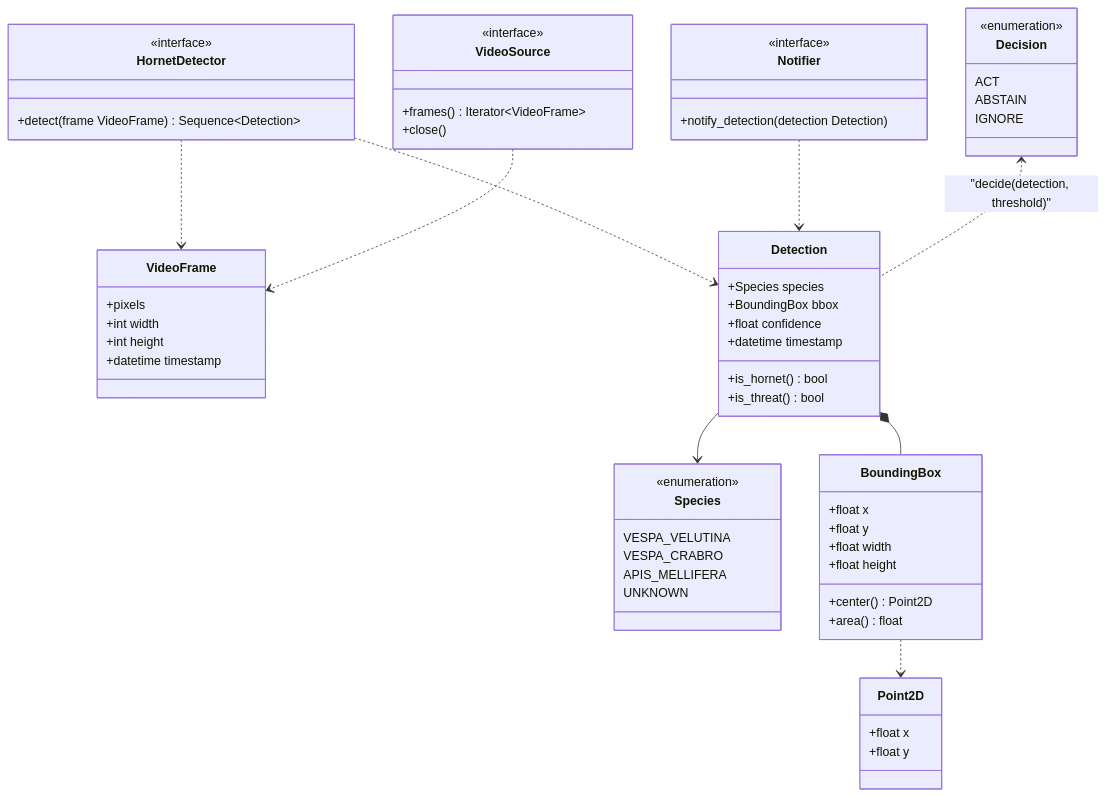
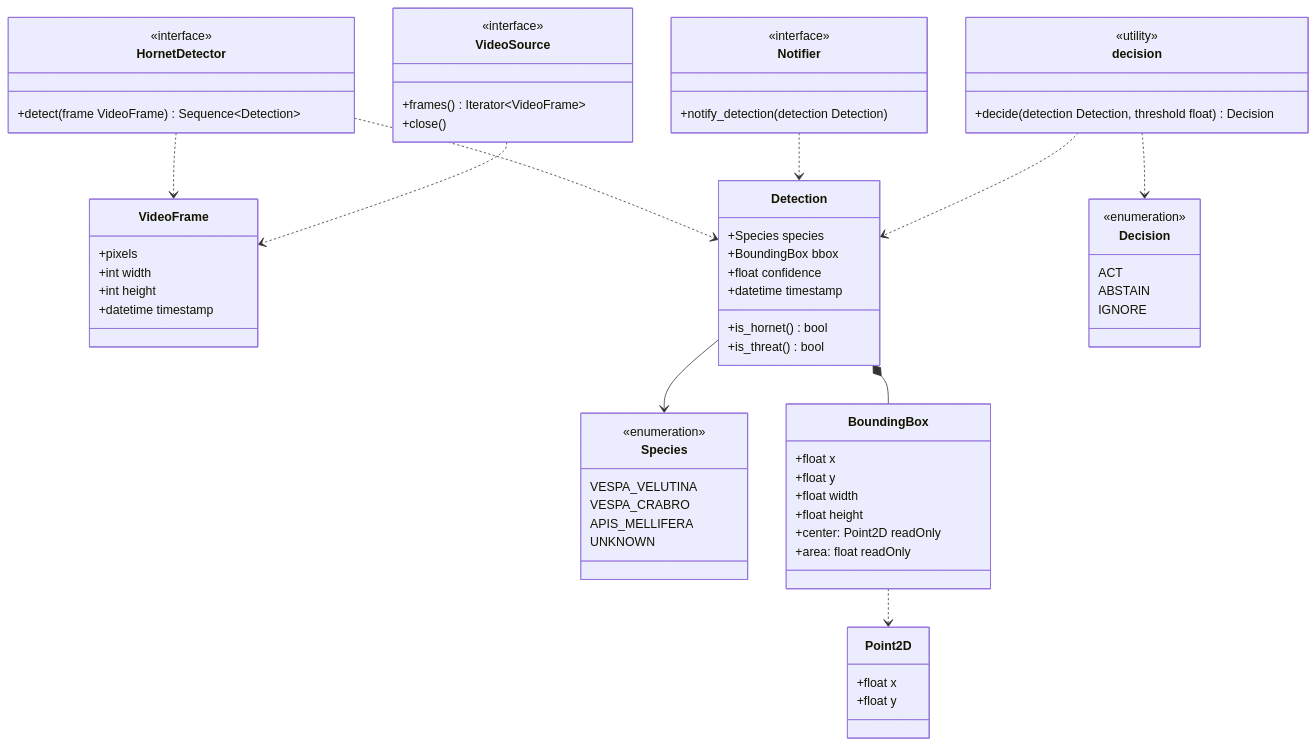
The diagram in docs/architecture/diagrams/detection/04-class.md (benoit-bremaud/aristech), drawn with Mermaid before and after one commit. The commit also changed 3 other files, not shown here.

Commit message:
docs(detection/architecture): apply pre-push review fixes and add the review report

````diff
--- a/docs/architecture/diagrams/detection/04-class.md
+++ b/docs/architecture/diagrams/detection/04-class.md
@@ -15,64 +15,69 @@
 ```mermaid
 classDiagram
     class Species {
         <<enumeration>>
         VESPA_VELUTINA
         VESPA_CRABRO
         APIS_MELLIFERA
         UNKNOWN
     }
     class BoundingBox {
         +float x
         +float y
         +float width
         +float height
-        +center() Point2D
-        +area() float
+        +center: Point2D readOnly
+        +area: float readOnly
     }
     class Point2D {
         +float x
         +float y
     }
     class VideoFrame {
         +pixels
         +int width
         +int height
         +datetime timestamp
     }
     class Detection {
         +Species species
         +BoundingBox bbox
         +float confidence
         +datetime timestamp
         +is_hornet() bool
         +is_threat() bool
+    }
+    class decision {
+        <<utility>>
+        +decide(detection Detection, threshold float) Decision
     }
     class Decision {
         <<enumeration>>
         ACT
         ABSTAIN
         IGNORE
     }
     class HornetDetector {
         <<interface>>
         +detect(frame VideoFrame) Sequence~Detection~
     }
     class VideoSource {
         <<interface>>
         +frames() Iterator~VideoFrame~
         +close()
     }
     class Notifier {
         <<interface>>
         +notify_detection(detection Detection)
     }
 
     Detection --> Species
     Detection *-- BoundingBox
     BoundingBox ..> Point2D
     HornetDetector ..> VideoFrame
     HornetDetector ..> Detection
     VideoSource ..> VideoFrame
     Notifier ..> Detection
-    Decision <.. Detection : "decide(detection, threshold)"
+    decision ..> Detection
+    decision ..> Decision
 ```
````
